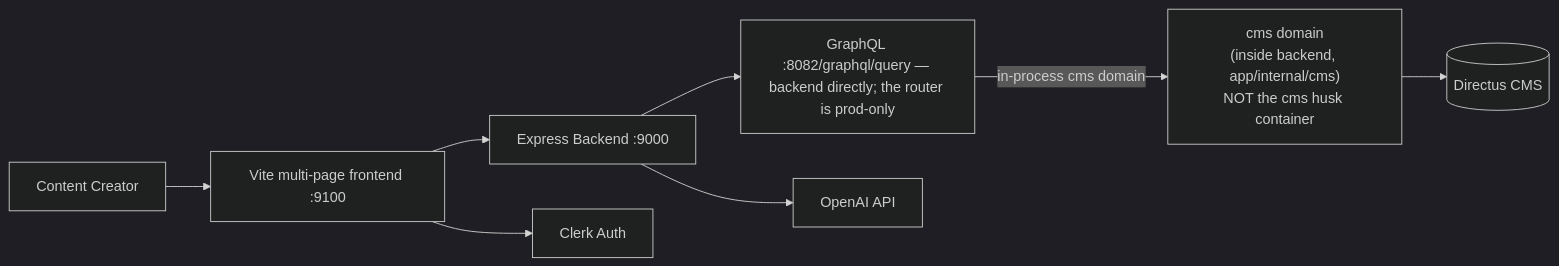
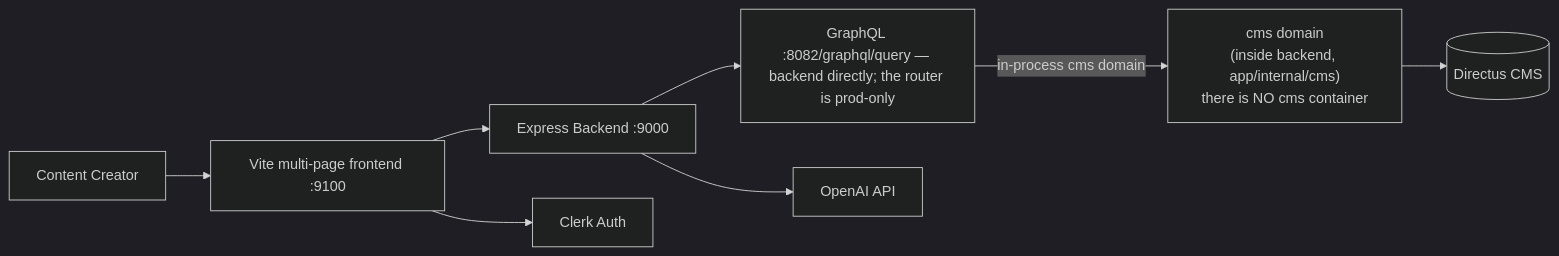
One commit to anthropos-work/rosetta changed the diagram in corpus/services/studio-desk.md. Above: the diagram before and after it, drawn with Mermaid (dark theme). The commit also changed other lines of this file and 32 other files, not shown here.

````diff
--- a/corpus/services/studio-desk.md
+++ b/corpus/services/studio-desk.md
@@ -42,10 +42,10 @@
 ```mermaid
 graph LR
     User[Content Creator] --> Frontend[Vite multi-page frontend :9100]
     Frontend --> Backend[Express Backend :9000]
     Backend --> GraphQL[GraphQL :8082/graphql/query — backend directly; the router is prod-only]
     Backend --> OpenAI[OpenAI API]
     Frontend --> Clerk[Clerk Auth]
-    GraphQL -->|in-process cms domain| CMS["cms domain<br/>(inside backend, app/internal/cms)<br/>NOT the cms husk container"]
+    GraphQL -->|in-process cms domain| CMS["cms domain<br/>(inside backend, app/internal/cms)<br/>there is NO cms container"]
     CMS --> Directus[(Directus CMS)]
 ```
````
